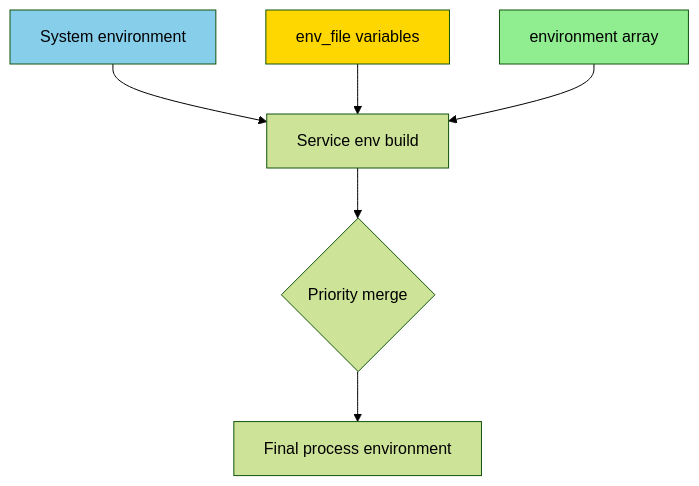
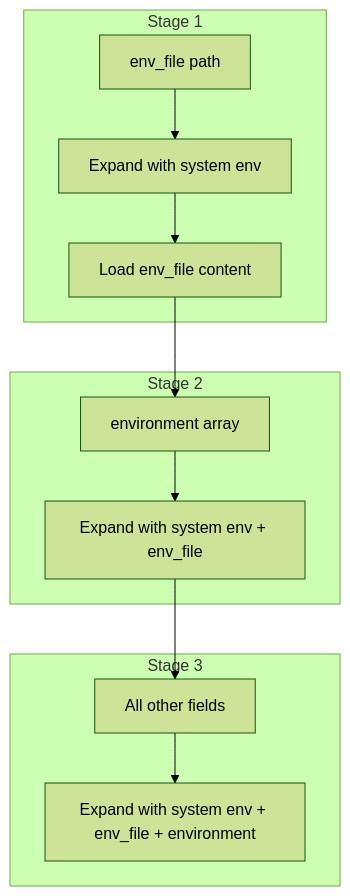
Before and after one commit to maleus-ai/kepler: the third of 3 diagrams in ARCHITECTURE.md, drawn with Mermaid (forest theme). The commit also changed other lines of this file and 1 other file, not shown here.

Commit message:
Update README and ARCHITECTURE files

````diff
--- a/ARCHITECTURE.md
+++ b/ARCHITECTURE.md
@@ -185,12 +168,15 @@
 ```mermaid
 flowchart TD
-    A[System environment] --> D[Service env build]
-    B[env_file variables] --> D
-    C[environment array] --> D
-    D --> E{Priority merge}
-    E --> F[Final process environment]
-
-    style C fill:#90EE90
-    style B fill:#FFD700
-    style A fill:#87CEEB
+    subgraph Stage1[Stage 1]
+        A[env_file path] --> B[Expand with system env]
+        B --> C[Load env_file content]
+    end
+    subgraph Stage2[Stage 2]
+        C --> D[environment array]
+        D --> E[Expand with system env + env_file]
+    end
+    subgraph Stage3[Stage 3]
+        E --> F[All other fields]
+        F --> G[Expand with system env + env_file + environment]
+    end
 ```
````
